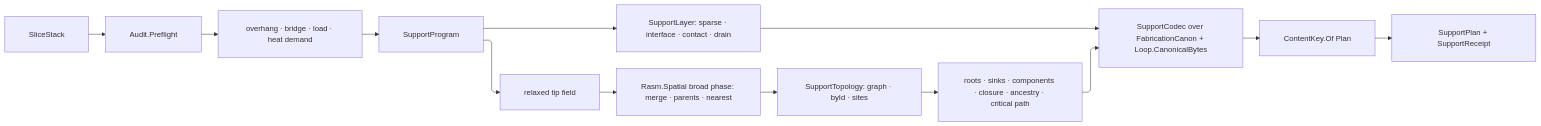
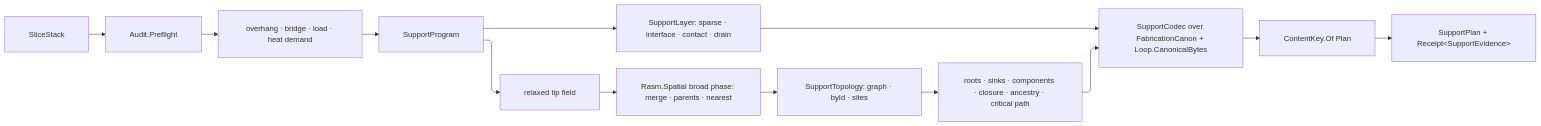
One commit to bsamiee/Rasm changed the diagram in libs/csharp/Rasm.Fabrication/.planning/Additive/support.md. Above: the diagram before and after it, drawn with Mermaid. The commit also changed other lines of this file and 818 other files, not shown here.

````diff
--- a/libs/csharp/Rasm.Fabrication/.planning/Additive/support.md
+++ b/libs/csharp/Rasm.Fabrication/.planning/Additive/support.md
@@ -1312,24 +1334,24 @@
 ```mermaid
 ---
 config:
   layout: elk
   flowchart:
     curve: linear
     padding: 25
 ---
 flowchart LR
     accTitle: Additive support program derivation
     accDescr: A slice stack preflighting into demand, one support program branching into planar layers and tip sites, descent and merge resolving through the kernel spatial broad phase into one published topology, and both legs encoding through one codec into the content-keyed plan.
     Stack["SliceStack"] --> Audit["Audit.Preflight"]
     Audit --> Demand["overhang · bridge · load · heat demand"]
     Demand --> Program["SupportProgram"]
     Program --> Planar["SupportLayer: sparse · interface · contact · drain"]
     Program --> Sites["relaxed tip field"]
     Sites --> Spatial["Rasm.Spatial broad phase: merge · parents · nearest"]
     Spatial --> Topology["SupportTopology: graph · byId · sites"]
     Topology --> Evidence["roots · sinks · components · closure · ancestry · critical path"]
     Planar --> Codec["SupportCodec over FabricationCanon + Loop.CanonicalBytes"]
     Evidence --> Codec
     Codec --> Key["ContentKey.Of Plan"]
-    Key --> Plan["SupportPlan + SupportReceipt"]
+    Key --> Plan["SupportPlan + Receipt&lt;SupportEvidence&gt;"]
 ```
````
